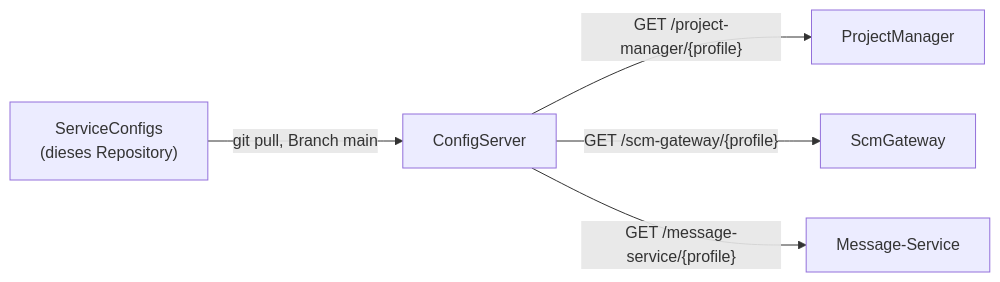
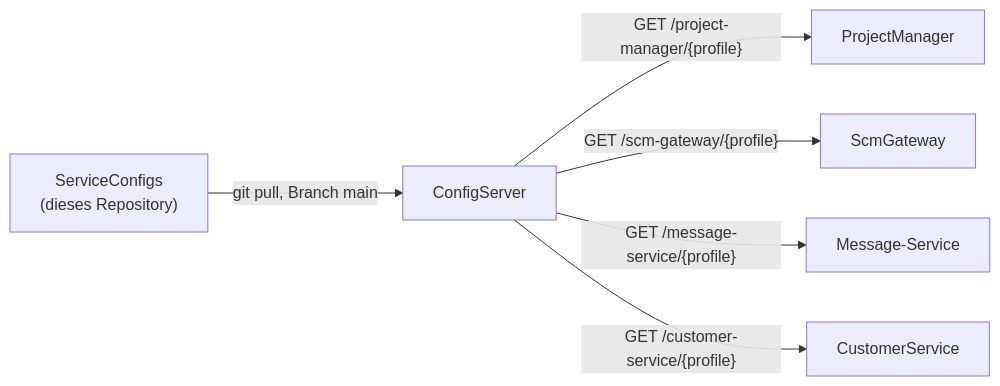
Before and after one commit to Office-OS/ServiceConfigs: the diagram in README.md, drawn with Mermaid. The commit also changed other lines of this file and 2 other files, not shown here.

Commit message:
Add CustomerService config (dev/prod)
Neue Config-Dateien fuer customer-service (dev/prod) nach dem
ProjectManager-Muster: dev auf Port 8085 mit Swagger-Endpunkten
freigegeben, prod auf Port 8080 mit einem dedizierten DB-Container
und einem frisch generierten, dienstspezifischen DB-Passwort.
Zusaetzlich README (Architektur-Diagramm und Namenskonvention-Tabelle)
um CustomerService ergaenzt.

````diff
--- a/README.md
+++ b/README.md
@@ -10,13 +10,15 @@
 ```mermaid
 flowchart LR
     Repo["ServiceConfigs\n(dieses Repository)"]
     CS["ConfigServer"]
     PM["ProjectManager"]
     SCM["ScmGateway"]
     MS["Message-Service"]
+    CustS["CustomerService"]
 
     Repo -->|git pull, Branch main| CS
     CS -->|"GET /project-manager/{profile}"| PM
     CS -->|"GET /scm-gateway/{profile}"| SCM
     CS -->|"GET /message-service/{profile}"| MS
+    CS -->|"GET /customer-service/{profile}"| CustS
 ```
````
